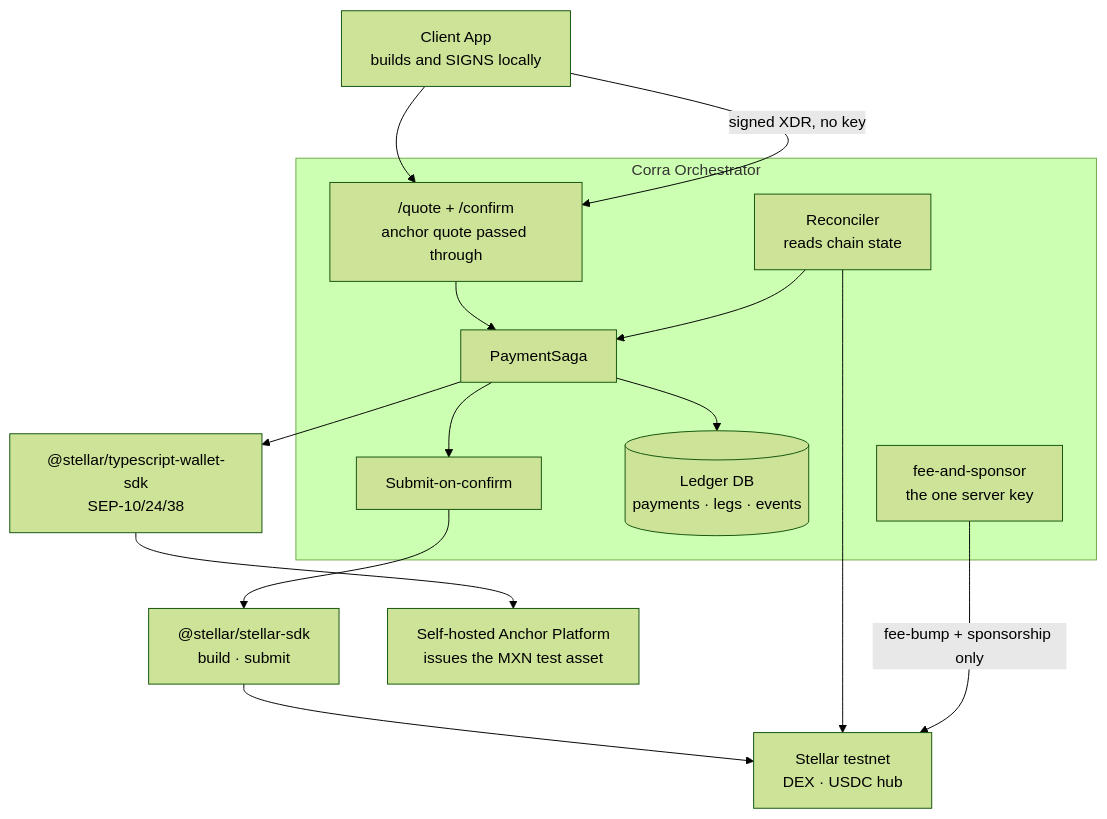
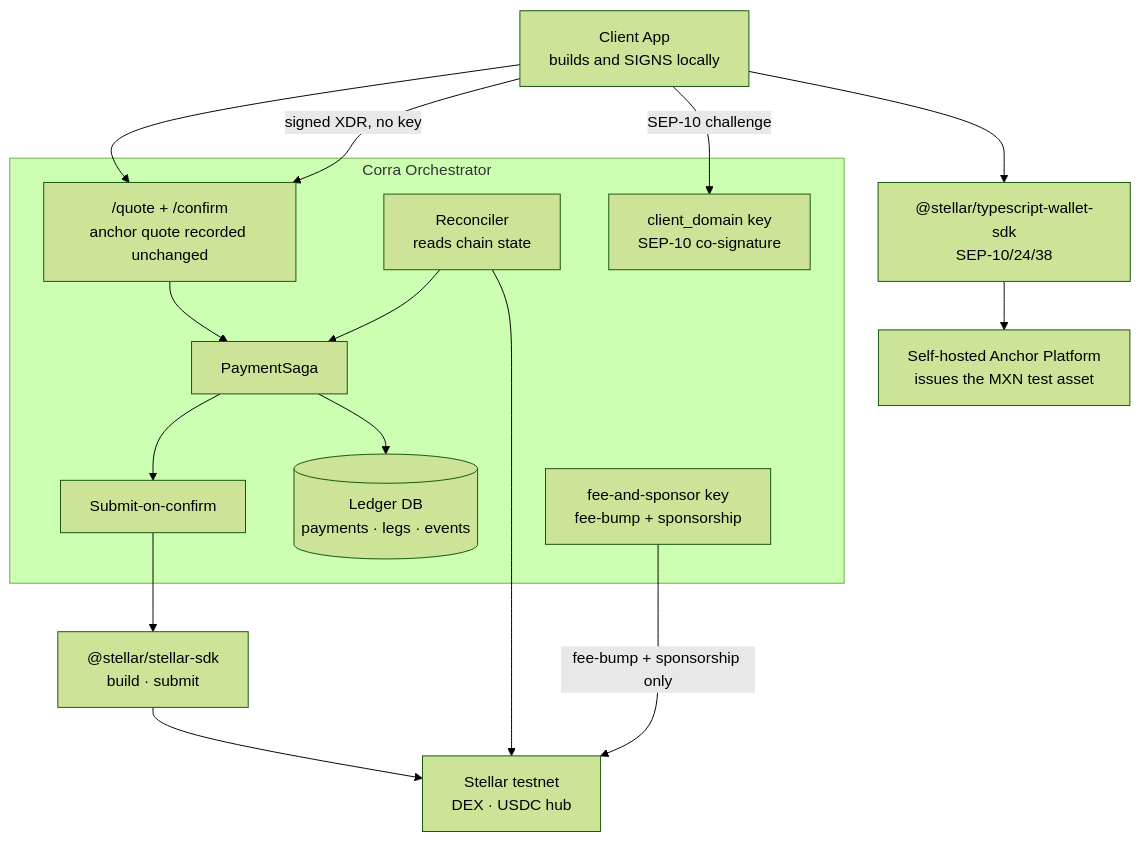
The first of 3 diagrams in docs/architecture.md (yigitcangokmen/corramoney), drawn with Mermaid (forest theme) before and after one commit. The commit also changed other lines of this file and 9 other files, not shown here.

````diff
--- a/docs/architecture.md
+++ b/docs/architecture.md
@@ -156,29 +156,31 @@
 ```mermaid
 flowchart TB
     App["Client App<br/>builds and SIGNS locally"]
     subgraph Core["Corra Orchestrator"]
-        API["/quote + /confirm<br/>anchor quote passed through"]
+        API["/quote + /confirm<br/>anchor quote recorded unchanged"]
         SAGA["PaymentSaga"]
         SUB["Submit-on-confirm"]
         REC["Reconciler<br/>reads chain state"]
         LED[("Ledger DB<br/>payments · legs · events")]
-        FEE["fee-and-sponsor<br/>the one server key"]
+        FEE["fee-and-sponsor key<br/>fee-bump + sponsorship"]
+        CD["client_domain key<br/>SEP-10 co-signature"]
     end
     SDK["@stellar/typescript-wallet-sdk<br/>SEP-10/24/38"]
     STL["@stellar/stellar-sdk<br/>build · submit"]
     ANC["Self-hosted Anchor Platform<br/>issues the MXN test asset"]
     NET["Stellar testnet<br/>DEX · USDC hub"]
 
     App --> API
     API --> SAGA
     SAGA --> LED
     SAGA --> SUB
     REC --> SAGA
     App -- "signed XDR, no key" --> API
-    SAGA --> SDK
+    App --> SDK
+    App -- "SEP-10 challenge" --> CD
     SDK --> ANC
     SUB --> STL
     STL --> NET
     REC --> NET
     FEE -- "fee-bump + sponsorship only" --> NET
 ```
````
